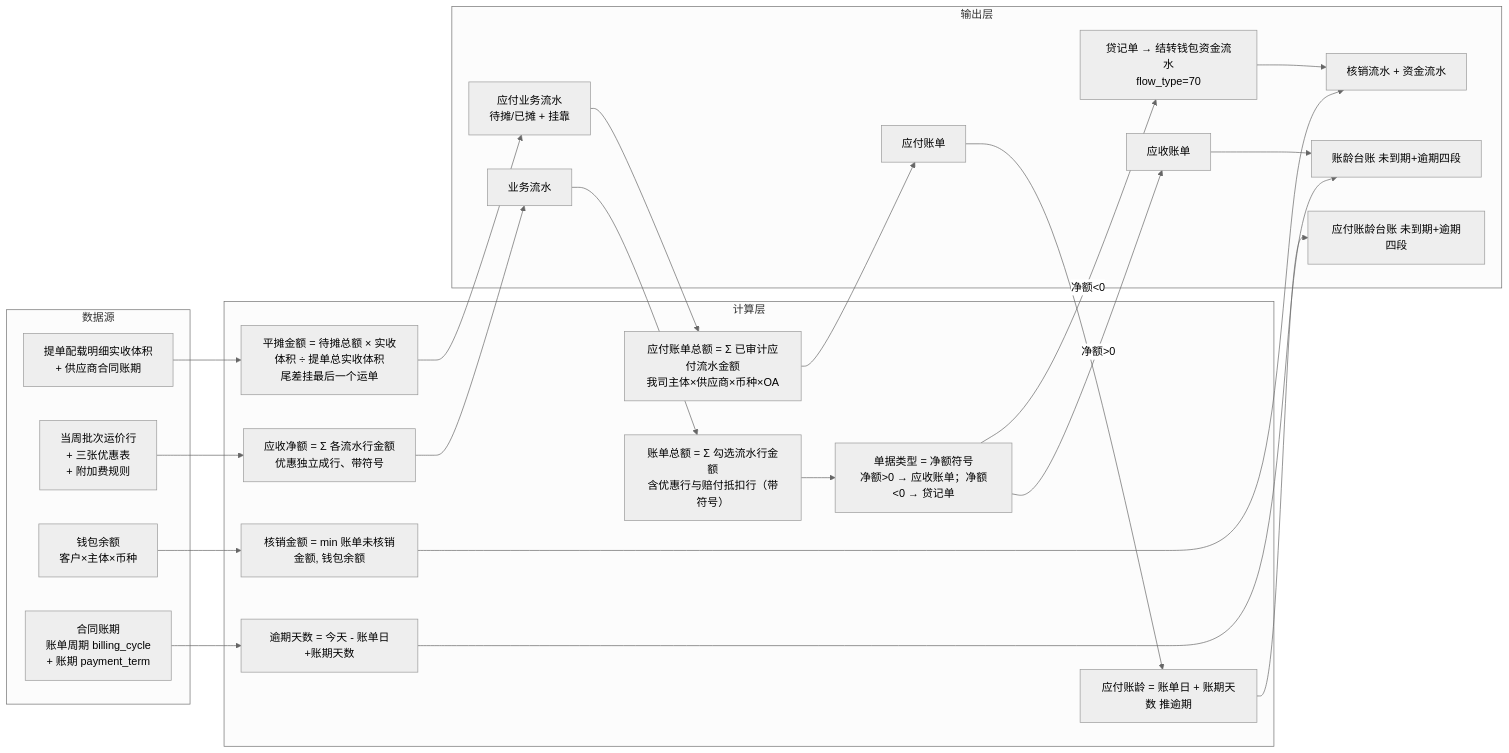
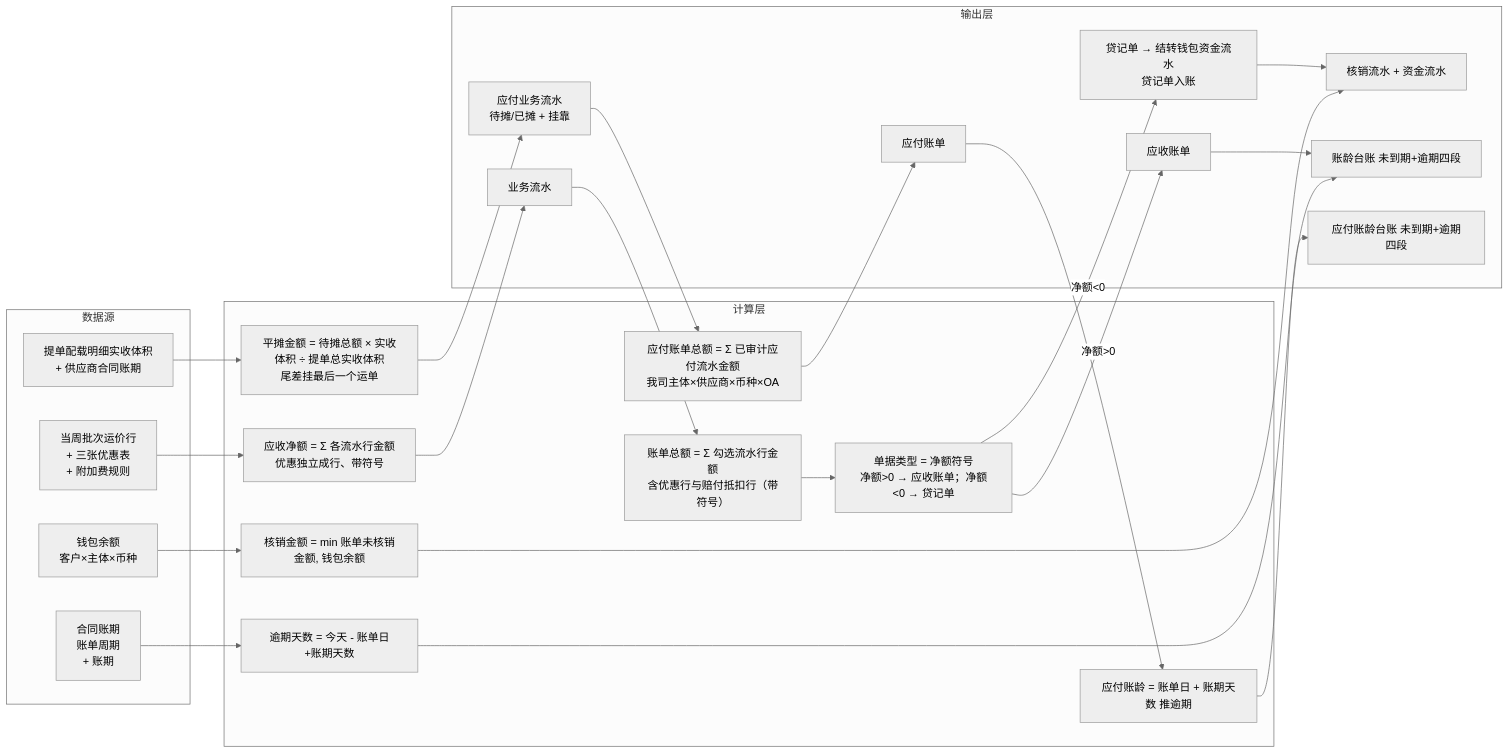
Before and after one commit to zhangwen960722/luna-daily: the second of 9 diagrams in 0-产品经理使用IDE/drafts/财务/2026-09-27-产品文档.md, drawn with Mermaid (neutral theme). The commit also changed other lines of this file and 5 other files, not shown here.

````diff
--- a/0-产品经理使用IDE/drafts/财务/2026-09-27-产品文档.md
+++ b/0-产品经理使用IDE/drafts/财务/2026-09-27-产品文档.md
@@ -177,40 +177,40 @@
 ```mermaid
 flowchart LR
     subgraph 数据源
         D1[当周批次运价行<br/>+ 三张优惠表<br/>+ 附加费规则]
-        D2[合同账期<br/>账单周期 billing_cycle<br/>+ 账期 payment_term]
+        D2[合同账期<br/>账单周期<br/>+ 账期]
         D3[钱包余额<br/>客户×主体×币种]
         D4[提单配载明细实收体积<br/>+ 供应商合同账期]
     end
     subgraph 计算层
         C1[应收净额 = Σ 各流水行金额<br/>优惠独立成行、带符号]
         C2[账单总额 = Σ 勾选流水行金额<br/>含优惠行与赔付抵扣行（带符号）]
         C3[核销金额 = min 账单未核销金额, 钱包余额]
         C4[逾期天数 = 今天 - 账单日+账期天数]
         C5[单据类型 = 净额符号<br/>净额>0 → 应收账单；净额<0 → 贷记单]
         C6[平摊金额 = 待摊总额 × 实收体积 ÷ 提单总实收体积<br/>尾差挂最后一个运单]
         C7[应付账单总额 = Σ 已审计应付流水金额<br/>我司主体×供应商×币种×OA]
         C8[应付账龄 = 账单日 + 账期天数 推逾期]
     end
     subgraph 输出层
         O1[业务流水]
         O2[应收账单]
         O3[核销流水 + 资金流水]
         O4[账龄台账 未到期+逾期四段]
-        O5[贷记单 → 结转钱包资金流水<br/>flow_type=70]
+        O5[贷记单 → 结转钱包资金流水<br/>贷记单入账]
         O6[应付业务流水<br/>待摊/已摊 + 挂靠]
         O7[应付账单]
         O8[应付账龄台账 未到期+逾期四段]
     end
     D1 --> C1 --> O1
     D2 --> C4 --> O4
     D3 --> C3 --> O3
     O1 --> C2 --> C5
     C5 -->|净额>0| O2
     O2 --> O4
     C5 -->|净额<0| O5
     O5 --> O3
     D4 --> C6 --> O6
     O6 --> C7 --> O7
     O7 --> C8 --> O8
 ```
````
